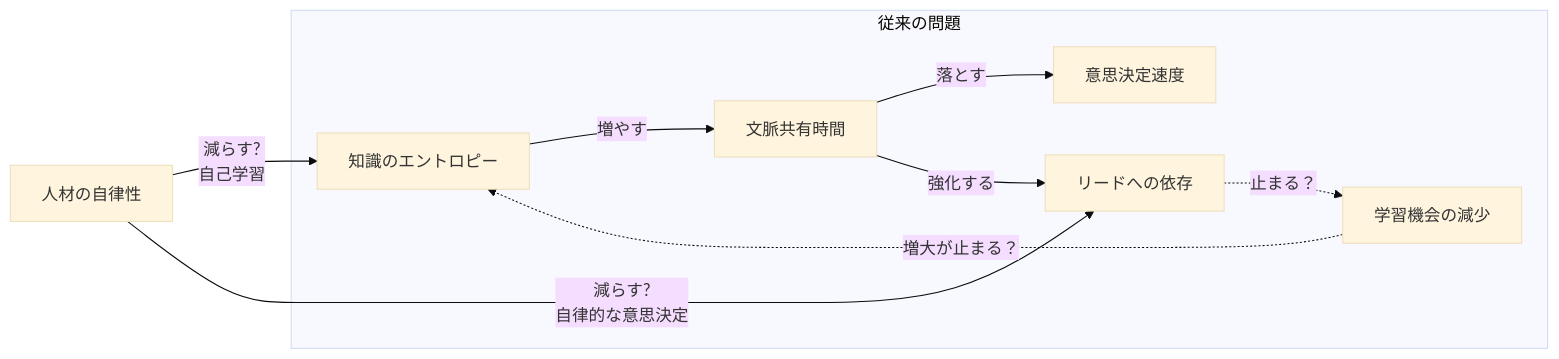
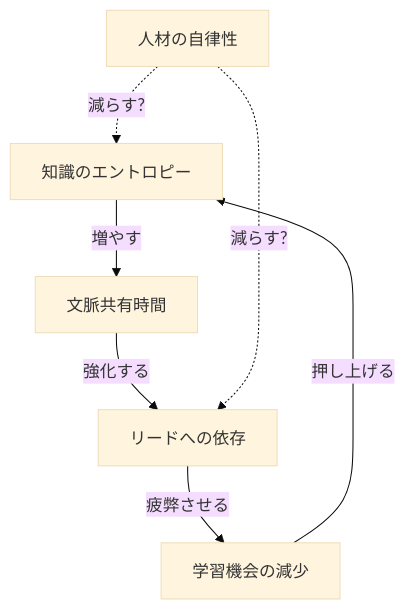
One commit to iwasa-kosui/monorepo changed the fourth of 8 diagrams in apps/kosui-me/src/content/posts/2026-04-29-knowledge-entropy-and-normative-layer.mdx. Above: the diagram before and after it, drawn with Mermaid (base theme). The commit also changed other lines of this file and 5 other files, not shown here.

First line of the commit message:
feat(kosui-me): 知識エントロピー記事に挿絵を追加し因果ループ図を簡素化 (#410)

````diff
--- a/apps/kosui-me/src/content/posts/2026-04-29-knowledge-entropy-and-normative-layer.mdx
+++ b/apps/kosui-me/src/content/posts/2026-04-29-knowledge-entropy-and-normative-layer.mdx
@@ -86,21 +86,16 @@
 ```mermaid
-flowchart LR
+flowchart TD
     A["人材の自律性"]
-    subgraph 従来の問題
-        A1["知識のエントロピー"]
-        C["文脈共有時間"]
-        D["意思決定速度"]
-        E["リードへの依存"]
-        Z["学習機会の減少"]
-    end
-    A -->|減らす?<br>自己学習| A1
-    A -->|減らす?<br>自律的な意思決定| E
+    A1["知識のエントロピー"]
+    C["文脈共有時間"]
+    E["リードへの依存"]
+    Z["学習機会の減少"]
+
     A1 -->|増やす| C
+    C -->|強化する| E
+    E -->|疲弊させる| Z
+    Z -->|押し上げる| A1
 
-    C -->|落とす| D
-    C -->|強化する| E
-
-
-    E -.->|止まる？| Z
-    Z -.->|増大が止まる？| A1
+    A -.->|減らす?| A1
+    A -.->|減らす?| E
 ```
````
